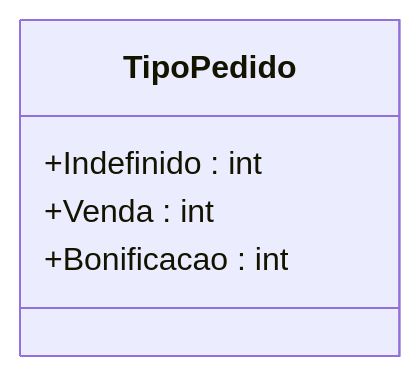
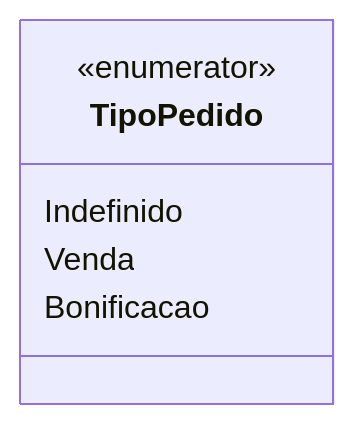
Before and after one commit to IsthmusSistemas/documentacao-tecnica: the diagram in docs/b2b-dominio/IsthmusWinthor.Nucleo/IsthmusWinthor.Dominio/Enumeradores/TipoPedido.md, drawn with Mermaid. The commit also changed other lines of this file and 882 other files, not shown here.

````diff
--- a/docs/b2b-dominio/IsthmusWinthor.Nucleo/IsthmusWinthor.Dominio/Enumeradores/TipoPedido.md
+++ b/docs/b2b-dominio/IsthmusWinthor.Nucleo/IsthmusWinthor.Dominio/Enumeradores/TipoPedido.md
@@ -12,8 +12,9 @@
 ```mermaid
 classDiagram
     class TipoPedido {
-        +Indefinido : int
-        +Venda : int
-        +Bonificacao : int
+        <<enumerator>>
+        Indefinido
+        Venda
+        Bonificacao
     }
 ```
````
